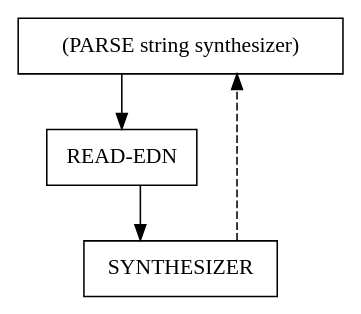
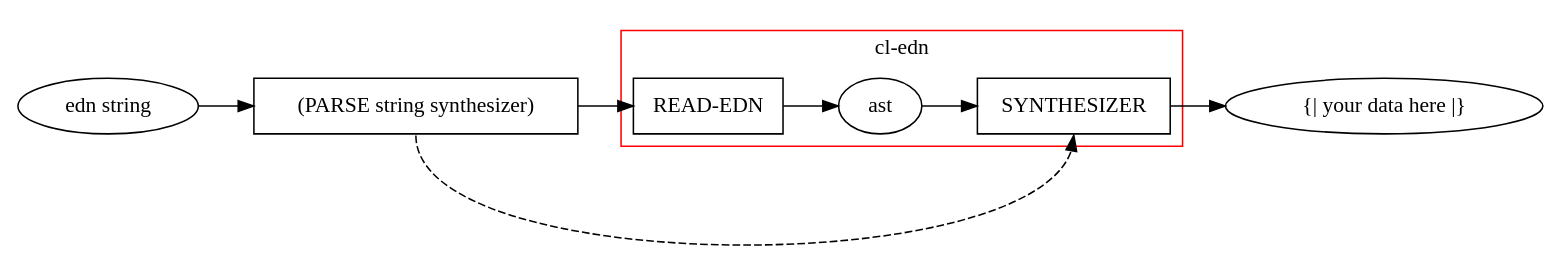
The diagram in diagram.dot (fiddlerwoaroof/cl-edn), drawn with Graphviz before and after one commit. The commit also changed 1 other file, not shown here.

Commit message:
update diagram

```diff
--- a/diagram.dot
+++ b/diagram.dot
@@ -1,9 +1,19 @@
 digraph G {
-  splines=ortho;
+  splines=true;
+  rankdir=LR;
   p[label="(PARSE string synthesizer)",shape=box];
-  "READ-EDN" [shape=box];
-  "SYNTHESIZER" [shape=box];
+  "edn string" -> p ;
   p -> "READ-EDN";
-  "READ-EDN" -> SYNTHESIZER;
-  SYNTHESIZER -> p [style=dashed];
+  p -> SYNTHESIZER[style=dashed,constraint=false,tailport=s,headport=s];
+  subgraph cluster_internals {
+    label="cl-edn";
+    color=red;
+    "READ-EDN" [shape=box,group=int];
+    ast[group=int];
+    "SYNTHESIZER" [shape=box,group=int];
+    "READ-EDN" -> ast ;
+    ast -> SYNTHESIZER ;
+  }
+  SYNTHESIZER -> "{| your data here |}";
+  
 }
```
